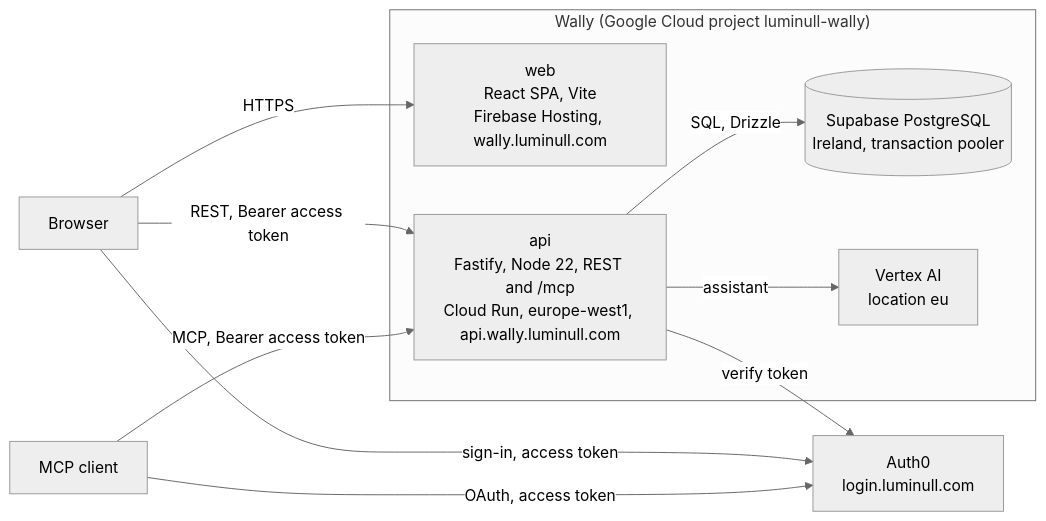
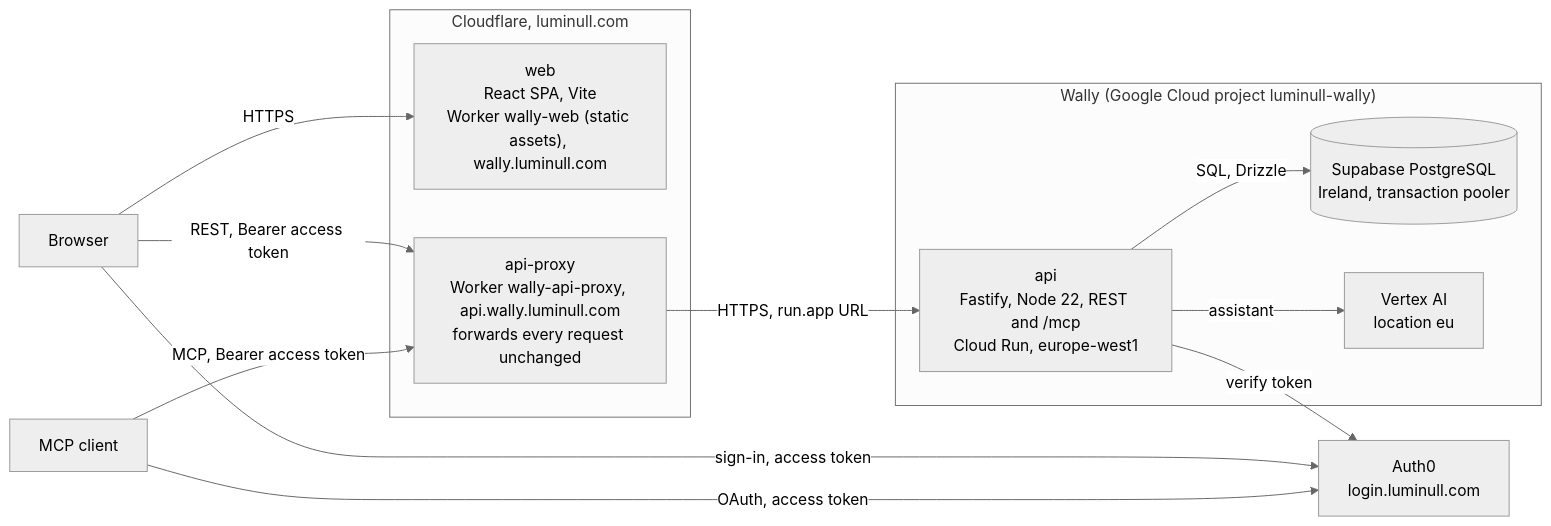
Before and after one commit to milad-luminull/wally: the second of 2 diagrams in docs/architecture/overview.md, drawn with Mermaid (neutral theme). The commit also changed other lines of this file and 9 other files, not shown here.

First line of the commit message:
docs: Cloudflare edge in DEPLOY, GDPR, architecture, ADR-0022 and RFC-0011

````diff
--- a/docs/architecture/overview.md
+++ b/docs/architecture/overview.md
@@ -35,20 +35,24 @@
 ```mermaid
 flowchart LR
   browser["Browser"]
   host["MCP client"]
   auth0["Auth0<br/>login.luminull.com"]
+  subgraph edge["Cloudflare, luminull.com"]
+    web["web<br/>React SPA, Vite<br/>Worker wally-web (static assets), wally.luminull.com"]
+    proxy["api-proxy<br/>Worker wally-api-proxy, api.wally.luminull.com<br/>forwards every request unchanged"]
+  end
   subgraph wally["Wally (Google Cloud project luminull-wally)"]
-    web["web<br/>React SPA, Vite<br/>Firebase Hosting, wally.luminull.com"]
-    api["api<br/>Fastify, Node 22, REST and /mcp<br/>Cloud Run, europe-west1, api.wally.luminull.com"]
+    api["api<br/>Fastify, Node 22, REST and /mcp<br/>Cloud Run, europe-west1"]
     store[("Supabase PostgreSQL<br/>Ireland, transaction pooler")]
     model["Vertex AI<br/>location eu"]
   end
   browser -->|HTTPS| web
   browser -->|sign-in, access token| auth0
   host -->|OAuth, access token| auth0
-  browser -->|REST, Bearer access token| api
-  host -->|MCP, Bearer access token| api
+  browser -->|REST, Bearer access token| proxy
+  host -->|MCP, Bearer access token| proxy
+  proxy -->|HTTPS, run.app URL| api
   api -->|verify token| auth0
   api -->|SQL, Drizzle| store
   api -->|assistant| model
 ```
````
